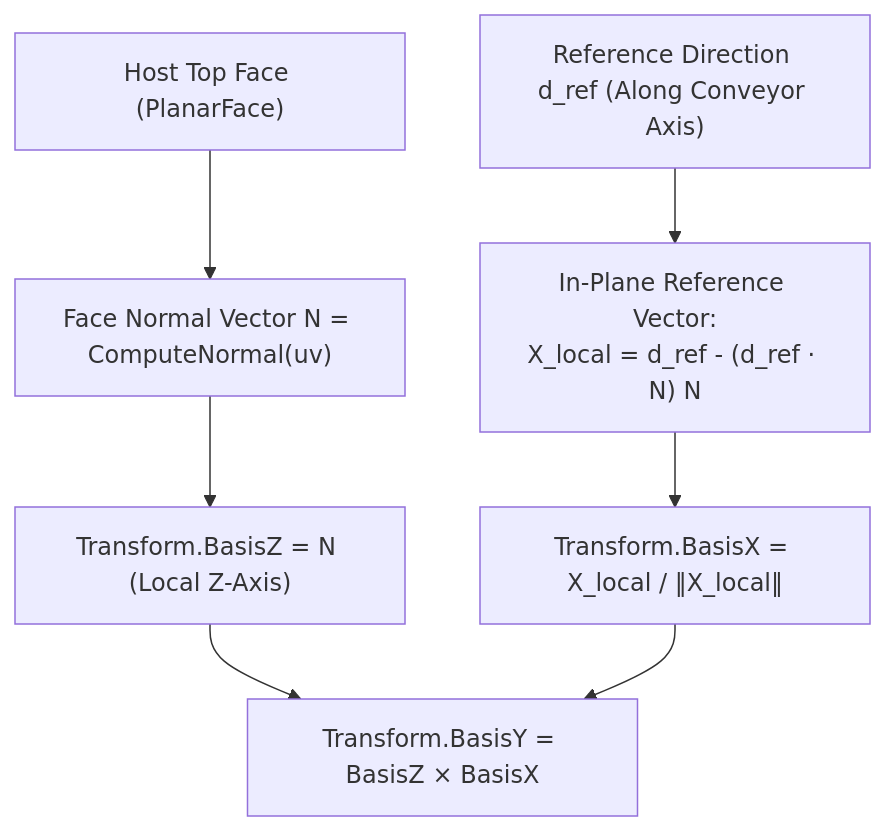
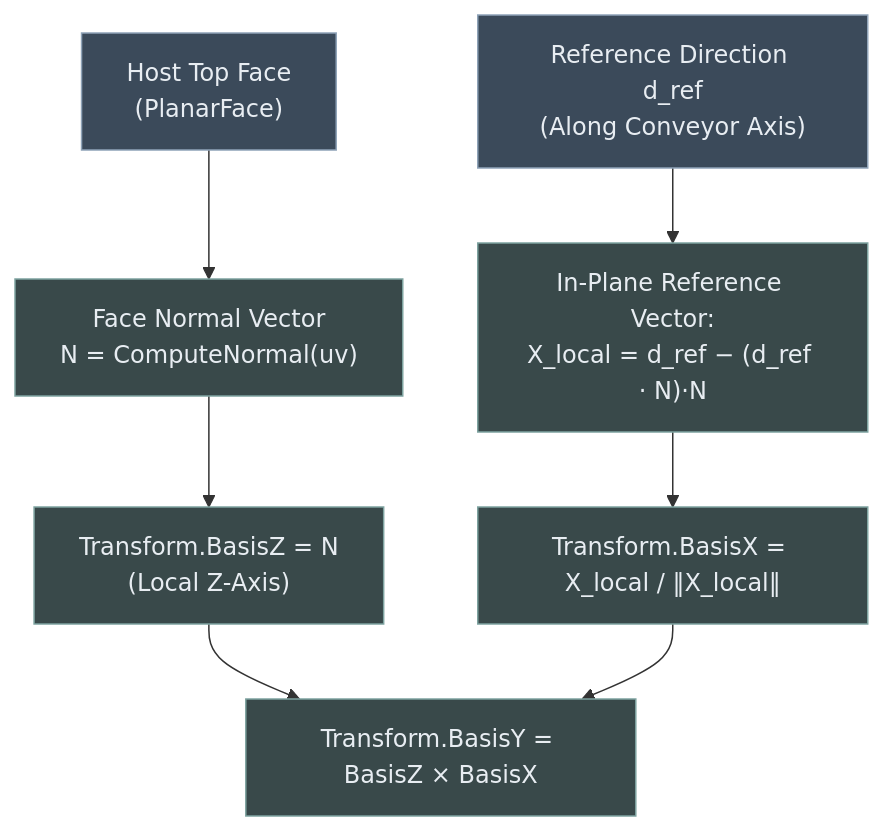
One commit to Mustafa-TOMMY/CommandSamplesRevitApiVer2025 changed the fourth of 7 diagrams in RevitApiSamples/Samples/Transform/Transform.md. Above: the diagram before and after it, drawn with Mermaid. The commit also changed other lines of this file, not shown here.

Commit message:
Update Transform.md with formatting and content fixes

````diff
--- a/RevitApiSamples/Samples/Transform/Transform.md
+++ b/RevitApiSamples/Samples/Transform/Transform.md
@@ -94,9 +117,14 @@
 ```mermaid
 flowchart TD
-    Face["Host Top Face (PlanarFace)"] --> Norm["Face Normal Vector N = ComputeNormal(uv)"]
-    RefDir["Reference Direction d_ref (Along Conveyor Axis)"] --> Proj["In-Plane Reference Vector:<br/>X_local = d_ref - (d_ref · N) N"]
-    Norm --> BasisZ["Transform.BasisZ = N (Local Z-Axis)"]
+    Face["Host Top Face<br/>(PlanarFace)"] --> Norm["Face Normal Vector<br/>N = ComputeNormal(uv)"]
+    RefDir["Reference Direction d_ref<br/>(Along Conveyor Axis)"] --> Proj["In-Plane Reference Vector:<br/>X_local = d_ref − (d_ref · N)·N"]
+    Norm --> BasisZ["Transform.BasisZ = N<br/>(Local Z-Axis)"]
     Proj --> BasisX["Transform.BasisX = X_local / ‖X_local‖"]
     BasisZ --> BasisY["Transform.BasisY = BasisZ × BasisX"]
     BasisX --> BasisY
+
+    classDef source fill:#3b4a5a,stroke:#8fa3b8,color:#e8edf2;
+    classDef basis fill:#39494a,stroke:#7ea3a0,color:#e8edf2;
+    class Face,RefDir source
+    class Norm,Proj,BasisZ,BasisX,BasisY basis
 ```
````
